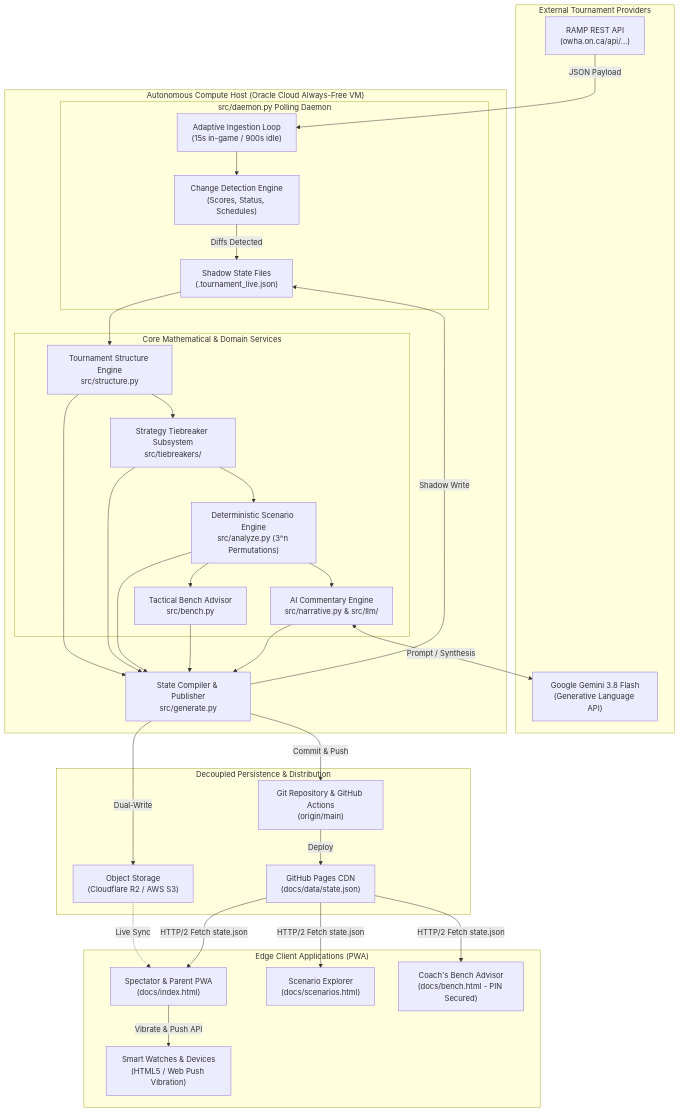
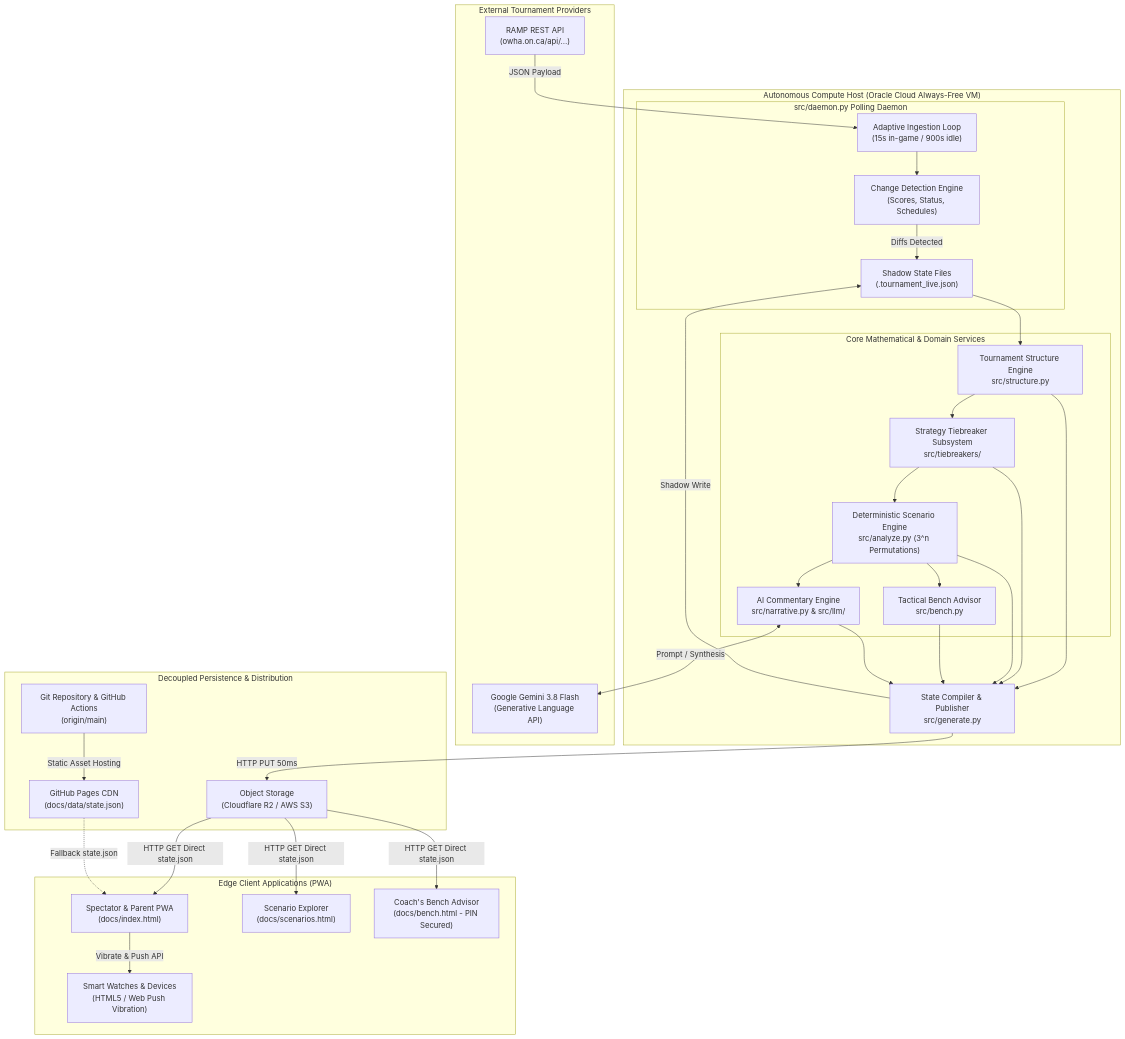
One commit to dpauls/rinkside changed the first of 8 diagrams in ARCHITECTURE.md. Above: the diagram before and after it, drawn with Mermaid. The commit also changed other lines of this file and 15 other files, not shown here.

````diff
--- a/ARCHITECTURE.md
+++ b/ARCHITECTURE.md
@@ -44,65 +44,64 @@
 ```mermaid
 flowchart TD
     subgraph External["External Tournament Providers"]
         RAMP["RAMP REST API<br/>(owha.on.ca/api/...)"]
         GeminiAPI["Google Gemini 3.8 Flash<br/>(Generative Language API)"]
     end
 
     subgraph DaemonHost["Autonomous Compute Host (Oracle Cloud Always-Free VM)"]
         subgraph DaemonEngine["src/daemon.py Polling Daemon"]
             Poller["Adaptive Ingestion Loop<br/>(15s in-game / 900s idle)"]
             Detector["Change Detection Engine<br/>(Scores, Status, Schedules)"]
             Shadow["Shadow State Files<br/>(.tournament_live.json)"]
         end
 
         subgraph CoreEngines["Core Mathematical & Domain Services"]
             Structure["Tournament Structure Engine<br/>src/structure.py"]
             Tiebreaker["Strategy Tiebreaker Subsystem<br/>src/tiebreakers/"]
             Scenario["Deterministic Scenario Engine<br/>src/analyze.py (3^n Permutations)"]
             Bench["Tactical Bench Advisor<br/>src/bench.py"]
             Narrative["AI Commentary Engine<br/>src/narrative.py & src/llm/"]
         end
 
         Compiler["State Compiler & Publisher<br/>src/generate.py"]
     end
 
     subgraph StorageLayer["Decoupled Persistence & Distribution"]
         GitRepo["Git Repository & GitHub Actions<br/>(origin/main)"]
         S3Bucket["Object Storage<br/>(Cloudflare R2 / AWS S3)"]
         GHPages["GitHub Pages CDN<br/>(docs/data/state.json)"]
     end
 
     subgraph ClientLayer["Edge Client Applications (PWA)"]
         SpectatorApp["Spectator & Parent PWA<br/>(docs/index.html)"]
         ScenarioApp["Scenario Explorer<br/>(docs/scenarios.html)"]
         BenchApp["Coach's Bench Advisor<br/>(docs/bench.html - PIN Secured)"]
         Wearables["Smart Watches & Devices<br/>(HTML5 / Web Push Vibration)"]
     end
 
     RAMP -->|JSON Payload| Poller
     Poller --> Detector
     Detector -->|Diffs Detected| Shadow
     Shadow --> Structure
     Structure --> Tiebreaker
     Tiebreaker --> Scenario
     Scenario --> Bench
     Scenario --> Narrative
     Narrative <-->|Prompt / Synthesis| GeminiAPI
     
     Structure --> Compiler
     Tiebreaker --> Compiler
     Scenario --> Compiler
     Bench --> Compiler
     Narrative --> Compiler
 
     Compiler -->|Shadow Write| Shadow
-    Compiler -->|Commit & Push| GitRepo
-    Compiler -->|Dual-Write| S3Bucket
-    GitRepo -->|Deploy| GHPages
-    S3Bucket -.->|Live Sync| SpectatorApp
+    Compiler -->|HTTP PUT 50ms| S3Bucket
+    GitRepo -->|Static Asset Hosting| GHPages
 
-    GHPages -->|HTTP/2 Fetch state.json| SpectatorApp
-    GHPages -->|HTTP/2 Fetch state.json| ScenarioApp
-    GHPages -->|HTTP/2 Fetch state.json| BenchApp
+    S3Bucket -->|HTTP GET Direct state.json| SpectatorApp
+    S3Bucket -->|HTTP GET Direct state.json| ScenarioApp
+    S3Bucket -->|HTTP GET Direct state.json| BenchApp
+    GHPages -.->|Fallback state.json| SpectatorApp
     SpectatorApp -->|Vibrate & Push API| Wearables
 ```
````
